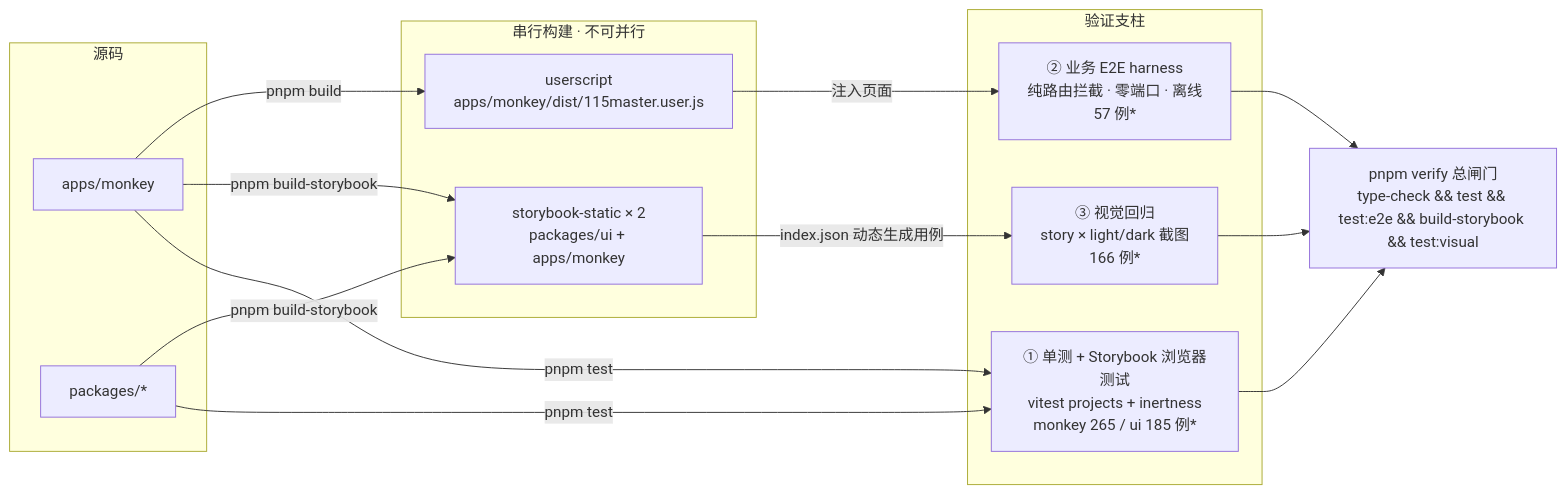
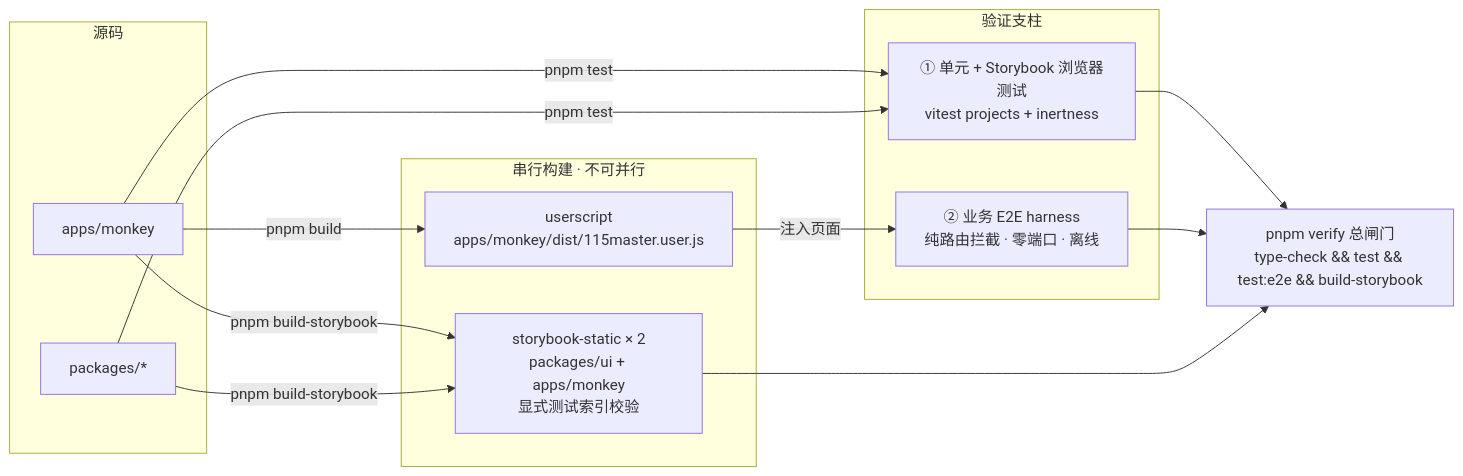
Before and after one commit to cbingb666/115master: the first of 3 diagrams in docs/agents/verification-architecture.md, drawn with Mermaid. The commit also changed other lines of this file and 293 other files, not shown here.

````diff
--- a/docs/agents/verification-architecture.md
+++ b/docs/agents/verification-architecture.md
@@ -9,27 +7,25 @@
 ```mermaid
 flowchart LR
   subgraph SRC[源码]
     M[apps/monkey]
     P[packages/*]
   end
 
   subgraph BUILD[串行构建 · 不可并行]
     US["userscript<br/>apps/monkey/dist/115master.user.js"]
-    SB["storybook-static × 2<br/>packages/ui + apps/monkey"]
+    SB["storybook-static × 2<br/>packages/ui + apps/monkey<br/>显式测试索引校验"]
   end
 
   subgraph PILLARS[验证支柱]
-    T1["① 单测 + Storybook 浏览器测试<br/>vitest projects + inertness<br/>monkey 265 / ui 185 例*"]
-    T2["② 业务 E2E harness<br/>纯路由拦截 · 零端口 · 离线<br/>57 例*"]
-    T3["③ 视觉回归<br/>story × light/dark 截图<br/>166 例*"]
+    T1["① 单元 + Storybook 浏览器测试<br/>vitest projects + inertness"]
+    T2["② 业务 E2E harness<br/>纯路由拦截 · 零端口 · 离线"]
   end
 
-  GATE["pnpm verify 总闸门<br/>type-check && test && test:e2e && build-storybook && test:visual"]
+  GATE["pnpm verify 总闸门<br/>type-check && test && test:e2e && build-storybook"]
 
   M -- "pnpm build" --> US
   M & P -- "pnpm build-storybook" --> SB
   M & P -- "pnpm test" --> T1
   US -- "注入页面" --> T2
-  SB -- "index.json 动态生成用例" --> T3
-  T1 & T2 & T3 --> GATE
+  T1 & T2 & SB --> GATE
 ```
````
